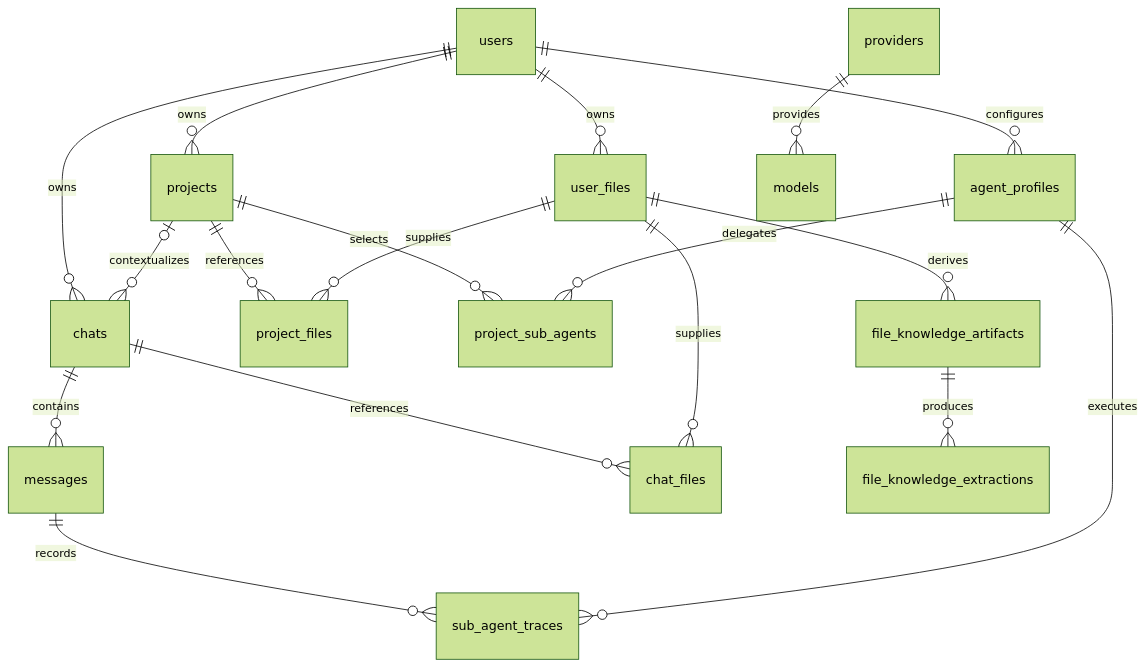
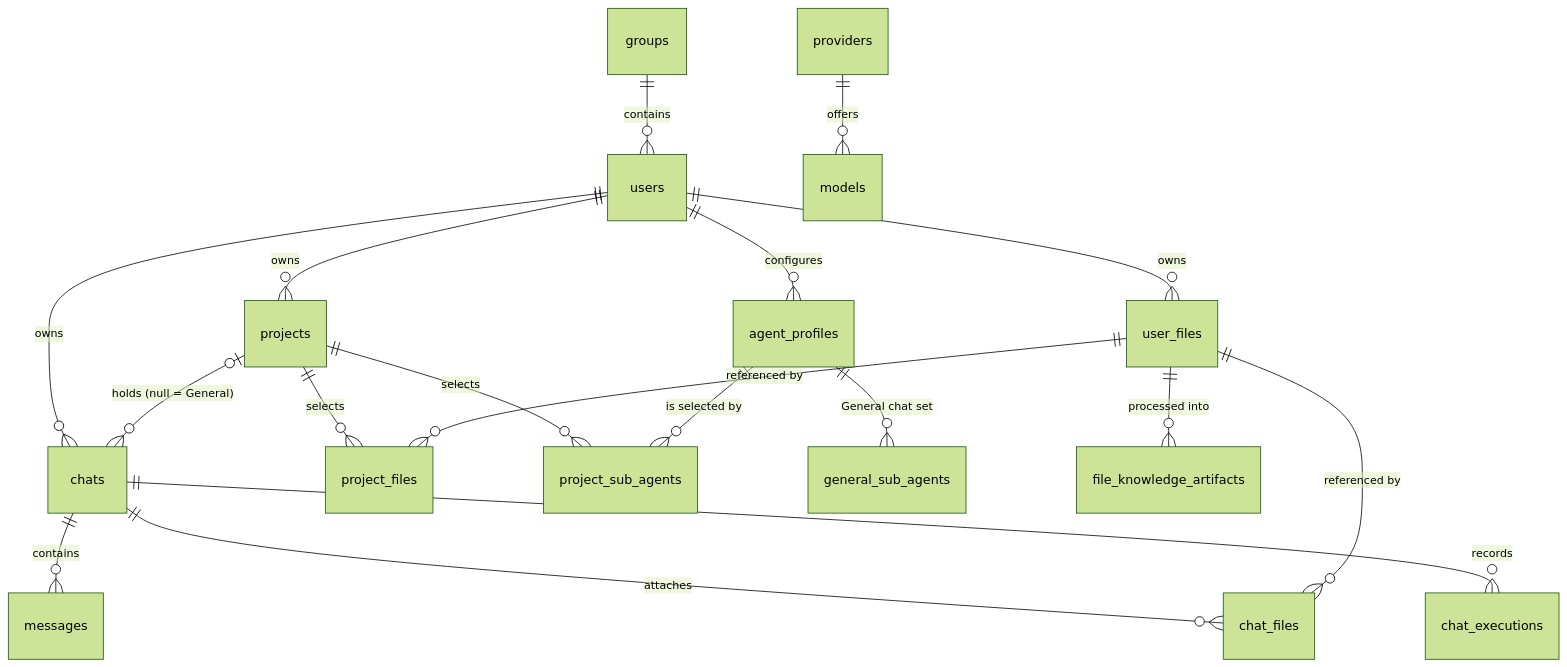
One commit to dbracewell/Asterism changed the first of 2 diagrams in docs/architecture/data-and-storage.md. Above: the diagram before and after it, drawn with Mermaid (forest theme). The commit also changed other lines of this file and 9 other files, not shown here.

````diff
--- a/docs/architecture/data-and-storage.md
+++ b/docs/architecture/data-and-storage.md
@@ -51,20 +100,20 @@
 ```mermaid
 erDiagram
     users ||--o{ projects : owns
     users ||--o{ chats : owns
+    users ||--o{ user_files : owns
     users ||--o{ agent_profiles : configures
-    users ||--o{ user_files : owns
-    projects |o--o{ chats : contextualizes
-    projects ||--o{ project_files : references
+    groups ||--o{ users : contains
+    projects |o--o{ chats : "holds (null = General)"
+    projects ||--o{ project_files : selects
     projects ||--o{ project_sub_agents : selects
-    agent_profiles ||--o{ project_sub_agents : delegates
+    agent_profiles ||--o{ project_sub_agents : "is selected by"
+    agent_profiles ||--o{ general_sub_agents : "General chat set"
     chats ||--o{ messages : contains
-    chats ||--o{ chat_files : references
-    user_files ||--o{ project_files : supplies
-    user_files ||--o{ chat_files : supplies
-    user_files ||--o{ file_knowledge_artifacts : derives
-    file_knowledge_artifacts ||--o{ file_knowledge_extractions : produces
-    messages ||--o{ sub_agent_traces : records
-    agent_profiles ||--o{ sub_agent_traces : executes
-    providers ||--o{ models : provides
+    chats ||--o{ chat_files : attaches
+    chats ||--o{ chat_executions : records
+    user_files ||--o{ project_files : "referenced by"
+    user_files ||--o{ chat_files : "referenced by"
+    user_files ||--o{ file_knowledge_artifacts : "processed into"
+    providers ||--o{ models : offers
 ```
````
